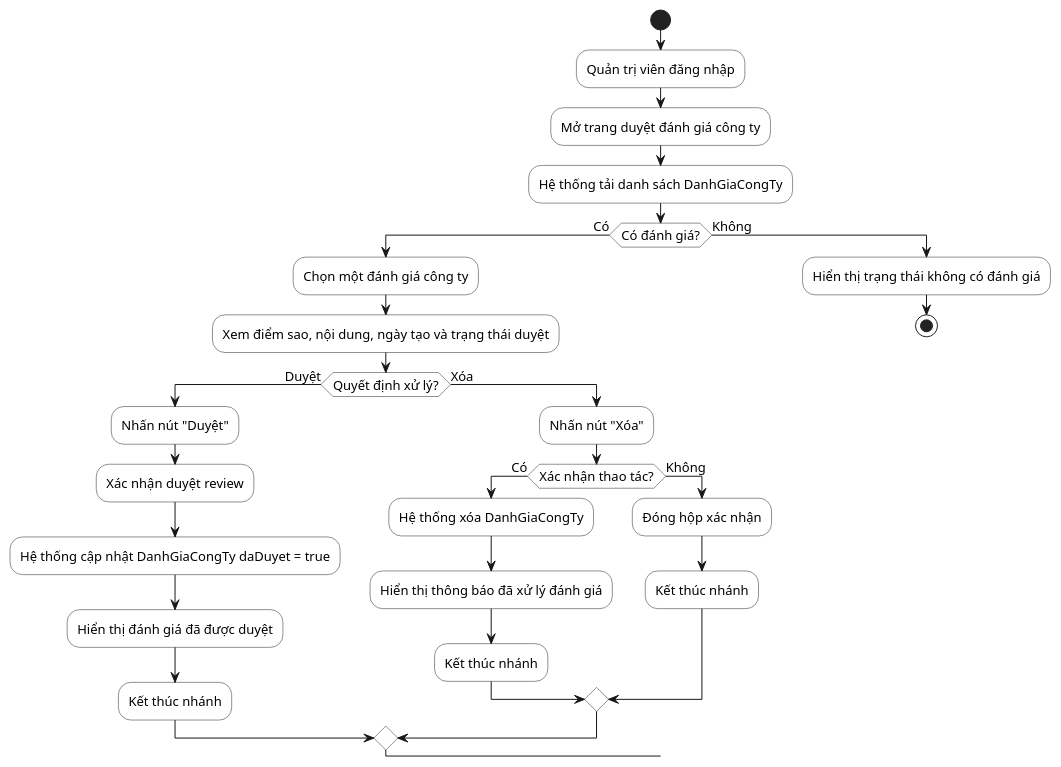
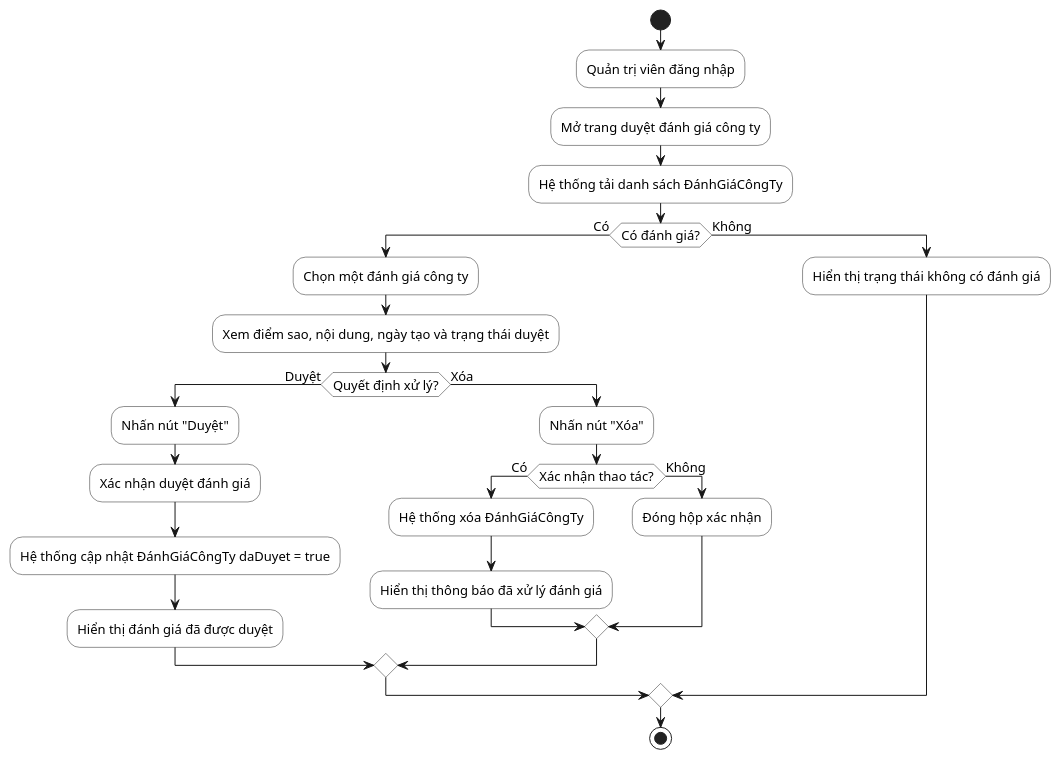
The diagram in docs/so-do/02-activity/24-activity-duyet-danh-gia-cong-ty.puml (hole-six/DoAn), drawn with PlantUML before and after one commit. The commit also changed 1039 other files, not shown here.

```diff
--- a/docs/so-do/02-activity/24-activity-duyet-danh-gia-cong-ty.puml
+++ b/docs/so-do/02-activity/24-activity-duyet-danh-gia-cong-ty.puml
@@ -1,41 +1,38 @@
 @startuml
 skinparam defaultFontName "Segoe UI"
 skinparam defaultFontSize 13
 skinparam shadowing false
 skinparam linetype ortho
 skinparam activity {
   BackgroundColor White
   BorderColor #222222
   DiamondBackgroundColor White
   DiamondBorderColor #222222
   BarColor #111111
 }
 start
 :Quản trị viên đăng nhập;
 :Mở trang duyệt đánh giá công ty;
-:Hệ thống tải danh sách DanhGiaCongTy;
+:Hệ thống tải danh sách ĐánhGiáCôngTy;
 if (Có đánh giá?) then (Có)
   :Chọn một đánh giá công ty;
   :Xem điểm sao, nội dung, ngày tạo và trạng thái duyệt;
   if (Quyết định xử lý?) then (Duyệt)
     :Nhấn nút "Duyệt";
-    :Xác nhận duyệt review;
-    :Hệ thống cập nhật DanhGiaCongTy daDuyet = true;
+    :Xác nhận duyệt đánh giá;
+    :Hệ thống cập nhật ĐánhGiáCôngTy daDuyet = true;
     :Hiển thị đánh giá đã được duyệt;
-    :Kết thúc nhánh;
   else (Xóa)
     :Nhấn nút "Xóa";
     if (Xác nhận thao tác?) then (Có)
-      :Hệ thống xóa DanhGiaCongTy;
+      :Hệ thống xóa ĐánhGiáCôngTy;
       :Hiển thị thông báo đã xử lý đánh giá;
-      :Kết thúc nhánh;
     else (Không)
       :Đóng hộp xác nhận;
-      :Kết thúc nhánh;
     endif
   endif
 else (Không)
   :Hiển thị trạng thái không có đánh giá;
-  stop
 endif
+stop
 @enduml
```
